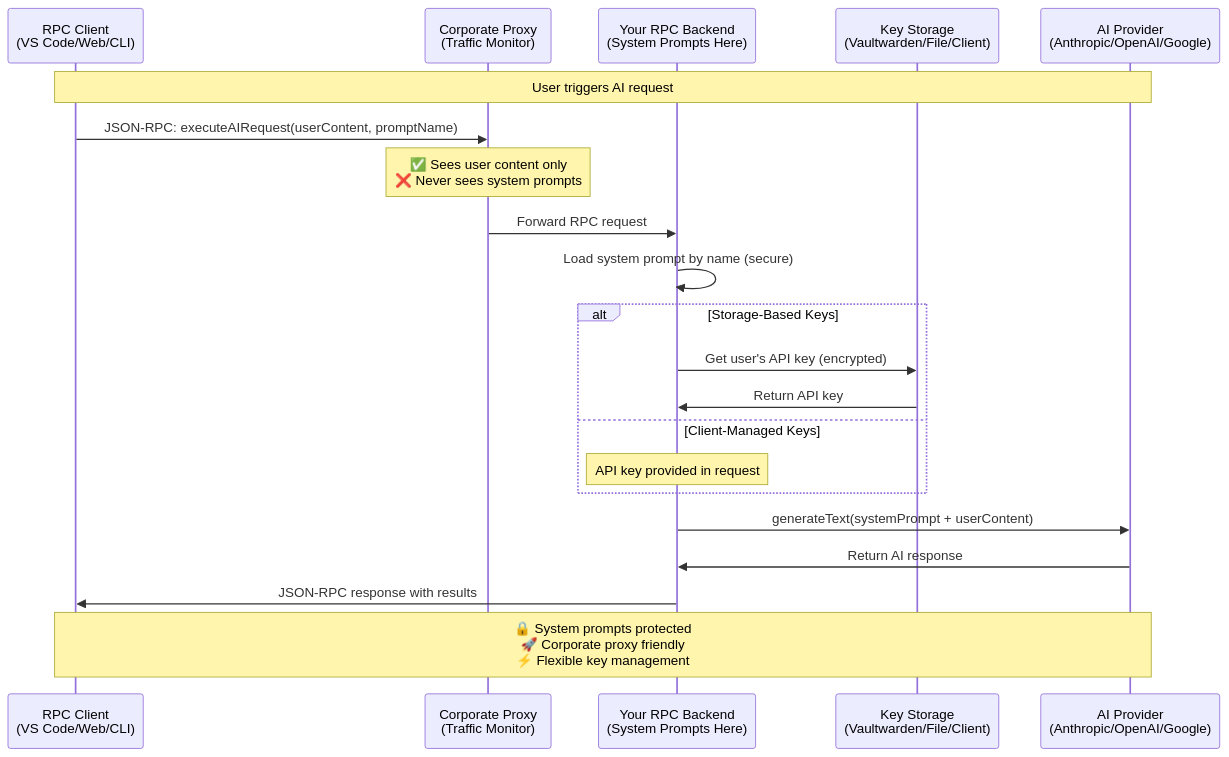
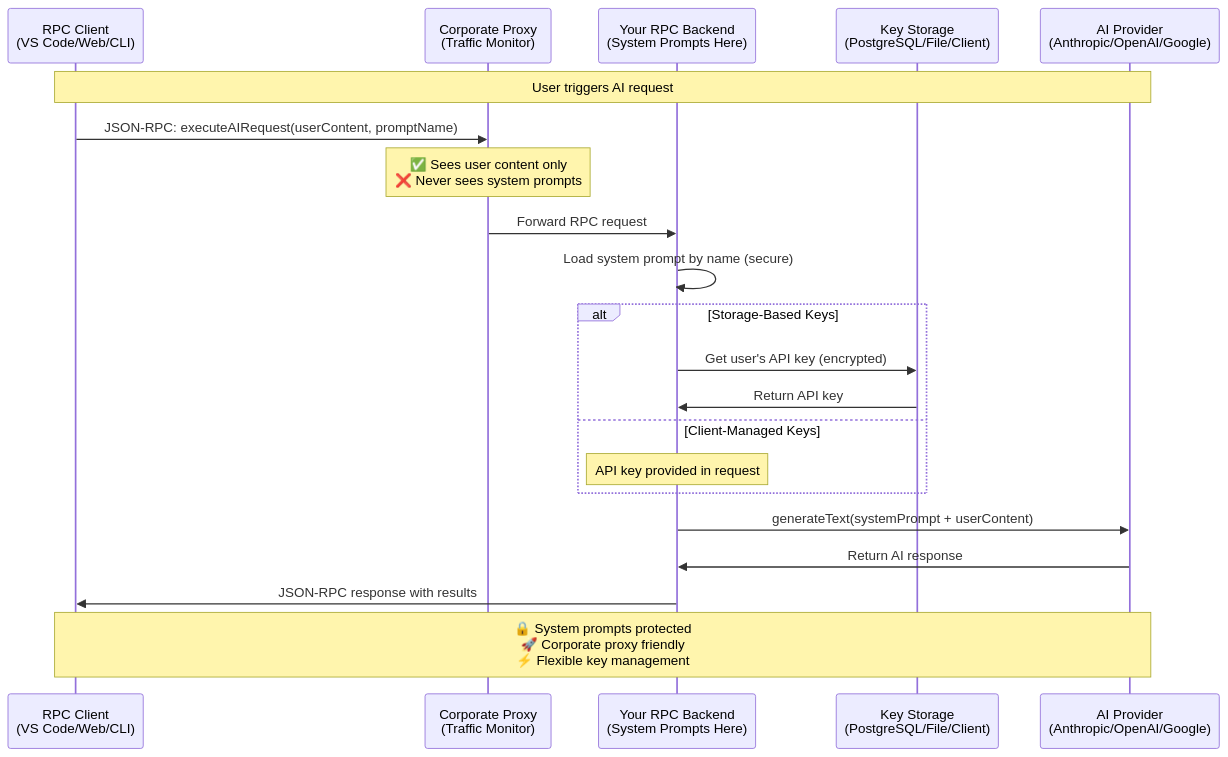
Before and after one commit to AWolf81/simple-rpc-ai-backend: the first of 2 diagrams in README.md, drawn with Mermaid. The commit also changed other lines of this file and 61 other files, not shown here.

````diff
--- a/README.md
+++ b/README.md
@@ -1209,30 +2111,30 @@
 ```mermaid
 sequenceDiagram
     participant Client as RPC Client<br/>(VS Code/Web/CLI)
     participant Proxy as Corporate Proxy<br/>(Traffic Monitor)
     participant Backend as Your RPC Backend<br/>(System Prompts Here)
-    participant Storage as Key Storage<br/>(Vaultwarden/File/Client)
+    participant Storage as Key Storage<br/>(PostgreSQL/File/Client)
     participant AI as AI Provider<br/>(Anthropic/OpenAI/Google)
     
     Note over Client,AI: User triggers AI request
     
     Client->>Proxy: JSON-RPC: executeAIRequest(userContent, promptName)
     
     Note over Proxy: ✅ Sees user content only<br/>❌ Never sees system prompts
     
     Proxy->>Backend: Forward RPC request
     Backend->>Backend: Load system prompt by name (secure)
     
     alt Storage-Based Keys
         Backend->>Storage: Get user's API key (encrypted)
         Storage->>Backend: Return API key
     else Client-Managed Keys
         Note over Backend: API key provided in request
     end
     
     Backend->>AI: generateText(systemPrompt + userContent)
     AI->>Backend: Return AI response
     Backend->>Client: JSON-RPC response with results
     
     Note over Client,AI: 🔒 System prompts protected<br/>🚀 Corporate proxy friendly<br/>⚡ Flexible key management
 ```
````
